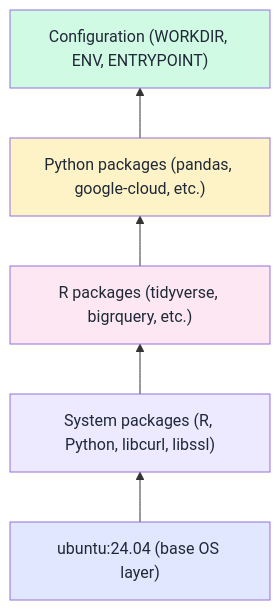
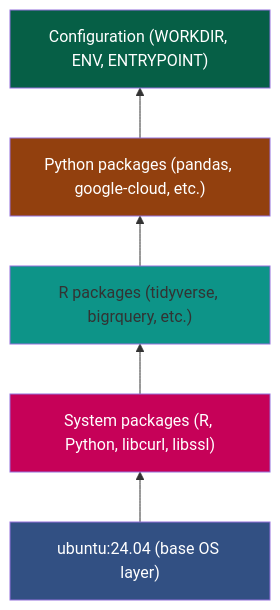
One commit to Ch3w3y/docker_gcp changed the third of 8 diagrams in docs/docker-containers.md. Above: the diagram before and after it, drawn with Mermaid. The commit also changed other lines of this file and 8 other files, not shown here.

First line of the commit message:
fix(a11y): replace all pastel Mermaid fills with PHW-aligned semantic palette

````diff
--- a/docs/docker-containers.md
+++ b/docs/docker-containers.md
@@ -149,16 +149,16 @@
 ```mermaid
 flowchart BT
     L1["ubuntu:24.04 (base OS layer)"]
     L2["System packages (R, Python, libcurl, libssl)"]
     L3["R packages (tidyverse, bigrquery, etc.)"]
     L4["Python packages (pandas, google-cloud, etc.)"]
     L5["Configuration (WORKDIR, ENV, ENTRYPOINT)"]
 
     L1 --> L2 --> L3 --> L4 --> L5
 
-    style L1 fill:#e0e7ff,color:#1f2937
-    style L2 fill:#ede9fe,color:#1f2937
-    style L3 fill:#fce7f3,color:#1f2937
-    style L4 fill:#fef3c7,color:#1f2937
-    style L5 fill:#d1fae5,color:#1f2937
+    style L1 fill:#325083,color:#ffffff
+    style L2 fill:#c60158,color:#ffffff
+    style L3 fill:#0d9488,color:#fffffffff
+    style L4 fill:#92400e,color:#ffffff
+    style L5 fill:#065f46,color:#ffffff
 ```
````
